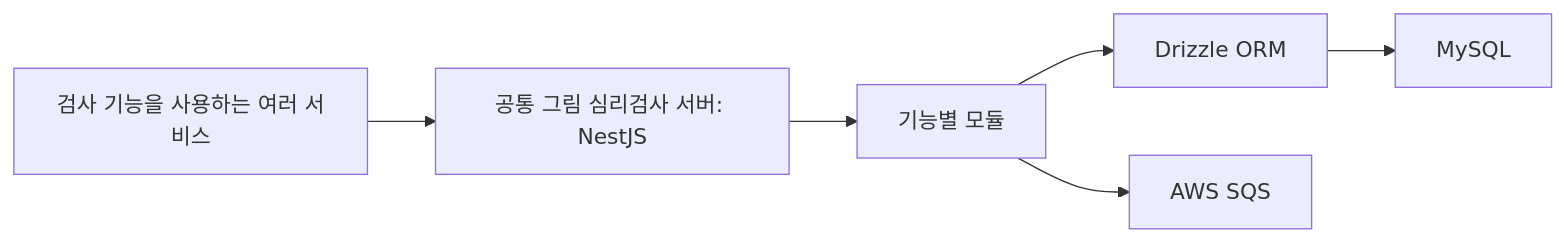
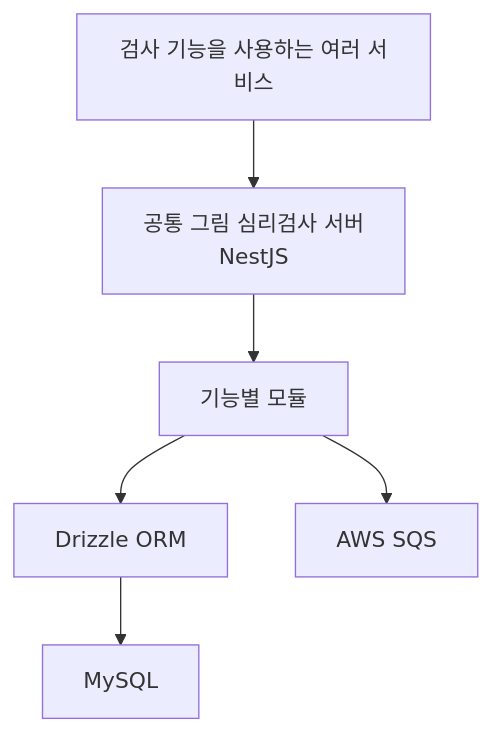
One commit to KimHG1995/work-history changed the diagram in projects/education-services/assessment-renewal.md. Above: the diagram before and after it, drawn with Mermaid. The commit also changed 18 other files, not shown here.

Commit message:
docs: 공개 Mermaid 다이어그램 가독성 전수 개선

````diff
--- a/projects/education-services/assessment-renewal.md
+++ b/projects/education-services/assessment-renewal.md
@@ -51,8 +51,8 @@
 ```mermaid
-flowchart LR
-    services["검사 기능을 사용하는 여러 서비스"] --> server["공통 그림 심리검사 서버: NestJS"]
+flowchart TB
+    services["검사 기능을 사용하는 여러 서비스"] --> server["공통 그림 심리검사 서버<br/>NestJS"]
     server --> modules["기능별 모듈"]
     modules --> orm["Drizzle ORM"]
     orm --> db["MySQL"]
     modules --> queue["AWS SQS"]
 ```
````
